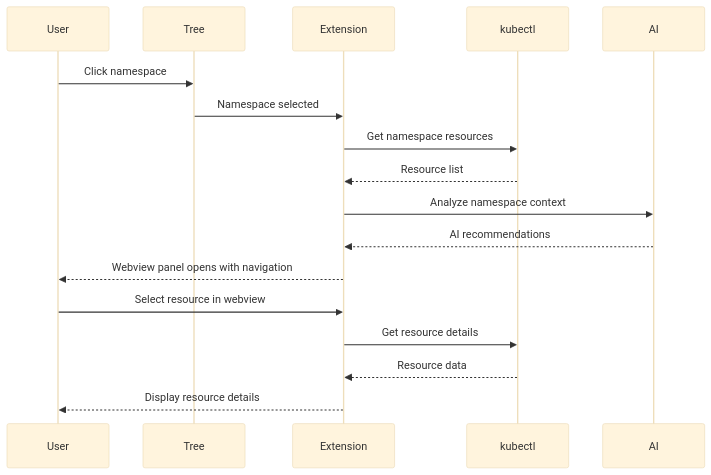
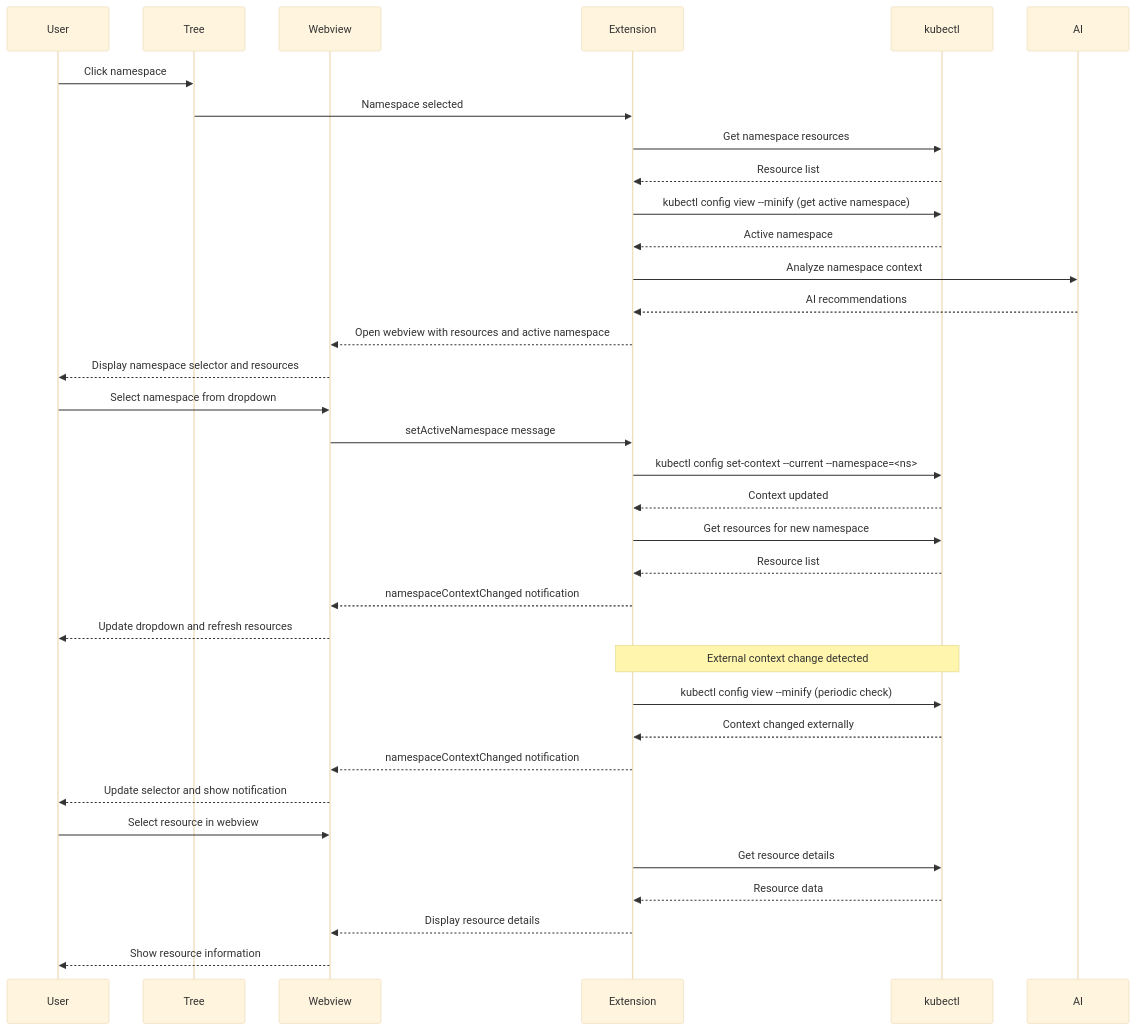
One commit to alto9/kandy changed the second of 2 diagrams in ai/specs/webview-spec.spec.md. Above: the diagram before and after it, drawn with Mermaid (base theme). The commit also changed other lines of this file and 6 other files, not shown here.

First line of the commit message:
Add namespace selection feature for Kubernetes resources

````diff
--- a/ai/specs/webview-spec.spec.md
+++ b/ai/specs/webview-spec.spec.md
@@ -47,21 +47,41 @@
 ```mermaid
 sequenceDiagram
     participant User
     participant Tree
+    participant Webview
     participant Extension
     participant kubectl
     participant AI
 
     User->>Tree: Click namespace
     Tree->>Extension: Namespace selected
     Extension->>kubectl: Get namespace resources
     kubectl-->>Extension: Resource list
+    Extension->>kubectl: kubectl config view --minify (get active namespace)
+    kubectl-->>Extension: Active namespace
     Extension->>AI: Analyze namespace context
     AI-->>Extension: AI recommendations
-    Extension-->>User: Webview panel opens with navigation
+    Extension-->>Webview: Open webview with resources and active namespace
+    Webview-->>User: Display namespace selector and resources
     
-    User->>Extension: Select resource in webview
+    User->>Webview: Select namespace from dropdown
+    Webview->>Extension: setActiveNamespace message
+    Extension->>kubectl: kubectl config set-context --current --namespace=<ns>
+    kubectl-->>Extension: Context updated
+    Extension->>kubectl: Get resources for new namespace
+    kubectl-->>Extension: Resource list
+    Extension-->>Webview: namespaceContextChanged notification
+    Webview-->>User: Update dropdown and refresh resources
+    
+    Note over Extension,kubectl: External context change detected
+    Extension->>kubectl: kubectl config view --minify (periodic check)
+    kubectl-->>Extension: Context changed externally
+    Extension-->>Webview: namespaceContextChanged notification
+    Webview-->>User: Update selector and show notification
+    
+    User->>Webview: Select resource in webview
     Extension->>kubectl: Get resource details
     kubectl-->>Extension: Resource data
-    Extension-->>User: Display resource details
+    Extension-->>Webview: Display resource details
+    Webview-->>User: Show resource information
 ```
````
